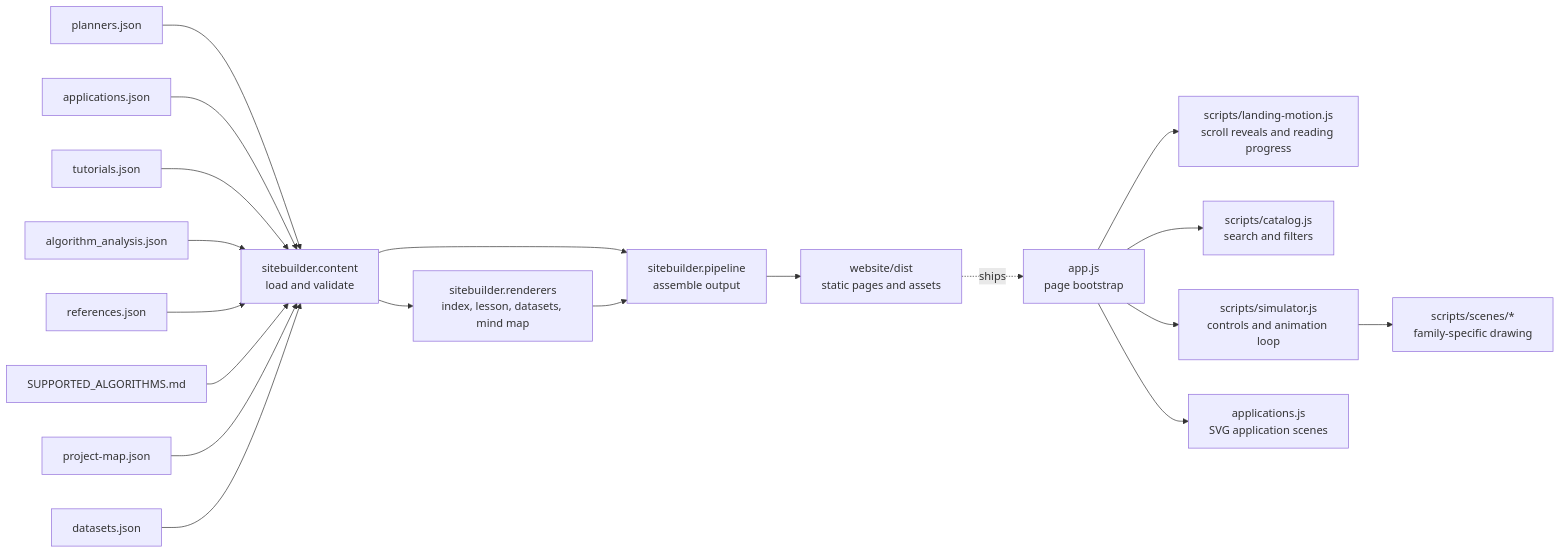
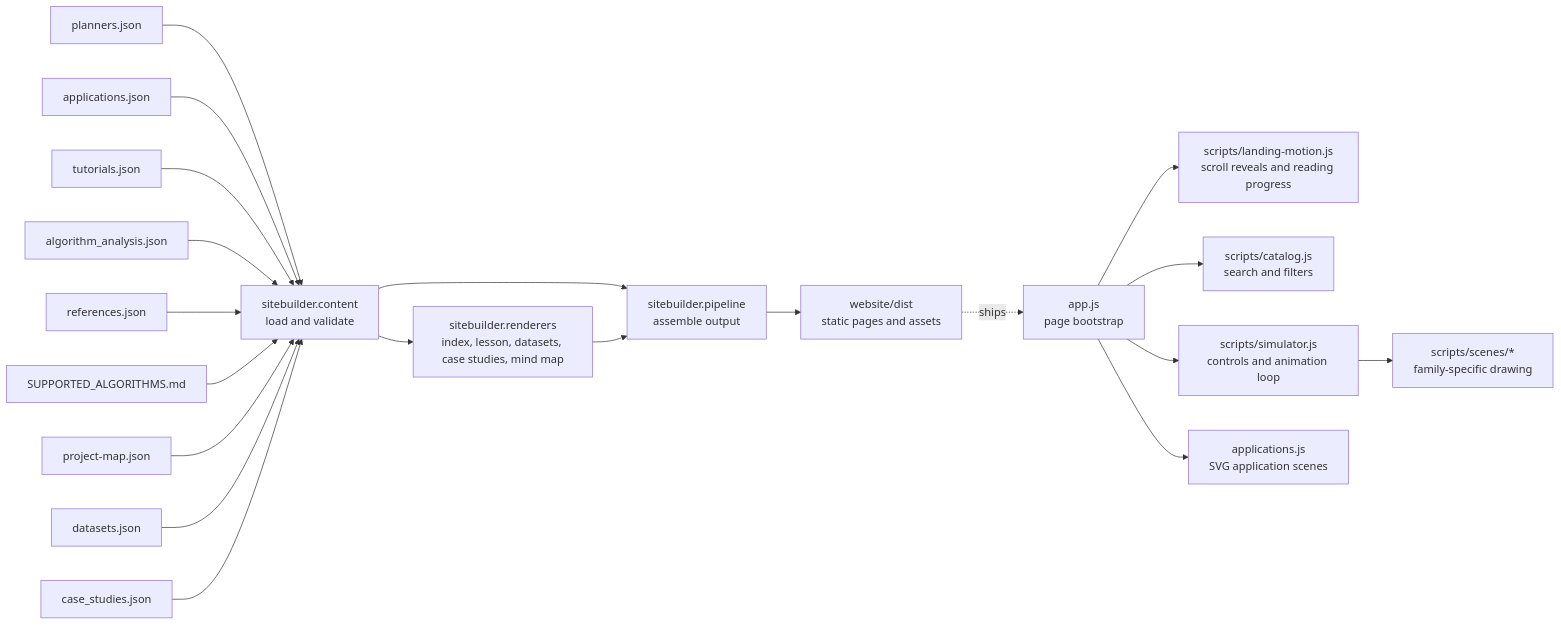
The diagram in website/ARCHITECTURE.md (damminhtien/pathplanning), drawn with Mermaid before and after one commit. The commit also changed other lines of this file and 13 other files, not shown here.

Commit message:
Add benchmark case studies to website

````diff
--- a/website/ARCHITECTURE.md
+++ b/website/ARCHITECTURE.md
@@ -5,39 +5,41 @@
 ```mermaid
 flowchart LR
   PlannerData[planners.json]
   TutorialData[tutorials.json]
   AnalysisData[algorithm_analysis.json]
   References[references.json]
   Applications[applications.json]
   Registry[SUPPORTED_ALGORITHMS.md]
   MapData[project-map.json]
   DatasetData[datasets.json]
+  CaseStudies[case_studies.json]
   Content[sitebuilder.content\nload and validate]
   Build[sitebuilder.pipeline\nassemble output]
-  PageRenderers[sitebuilder.renderers\nindex, lesson, datasets, mind map]
+  PageRenderers[sitebuilder.renderers\nindex, lesson, datasets, case studies, mind map]
   Dist[website/dist\nstatic pages and assets]
   Browser[app.js\npage bootstrap]
   LandingMotion[scripts/landing-motion.js\nscroll reveals and reading progress]
   Catalog[scripts/catalog.js\nsearch and filters]
   Simulator[scripts/simulator.js\ncontrols and animation loop]
   Scenes[scripts/scenes/*\nfamily-specific drawing]
 
   PlannerData --> Content
   Applications --> Content
   TutorialData --> Content
   AnalysisData --> Content
   References --> Content
   Registry --> Content
   MapData --> Content
   DatasetData --> Content
+  CaseStudies --> Content
   Content --> Build
   Content --> PageRenderers
   PageRenderers --> Build
   Build --> Dist
   Browser --> Catalog
   Browser --> LandingMotion
   Browser --> ApplicationScenes[applications.js\nSVG application scenes]
   Browser --> Simulator
   Simulator --> Scenes
   Dist -. ships .-> Browser
 ```
````
